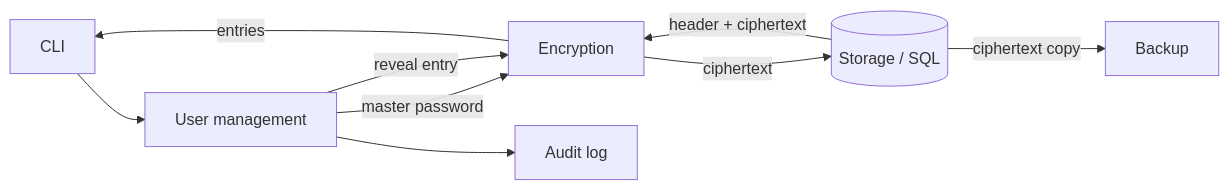
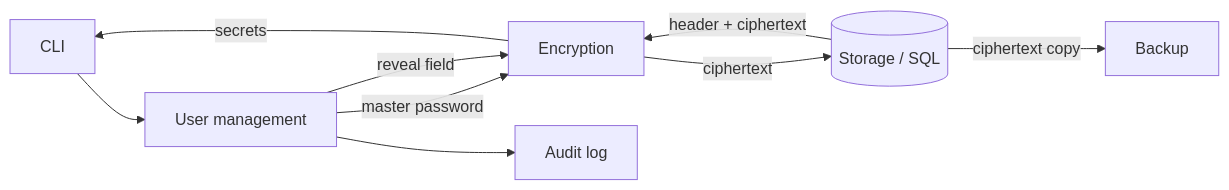
One commit to jevgeni-arefjev/secure-pass-manager changed the first of 2 diagrams in secure-password-manager.md. Above: the diagram before and after it, drawn with Mermaid. The commit also changed other lines of this file and 10 other files, not shown here.

````diff
--- a/secure-password-manager.md
+++ b/secure-password-manager.md
@@ -26,7 +26,7 @@
 ```mermaid
 flowchart LR
   CLI --> UM[User management] -->|master password| ENC[Encryption]
-  UM[User management] -->|reveal entry| ENC[Encryption]
+  UM[User management] -->|reveal field| ENC[Encryption]
   ENC -->|ciphertext| ST[(Storage / SQL)] -->|header + ciphertext| ENC
-  ENC -->|entries| CLI; UM --> LOG[Audit log]; ST -->|ciphertext copy| BK[Backup]
+  ENC -->|secrets| CLI; UM --> LOG[Audit log]; ST -->|ciphertext copy| BK[Backup]
 ```
````
